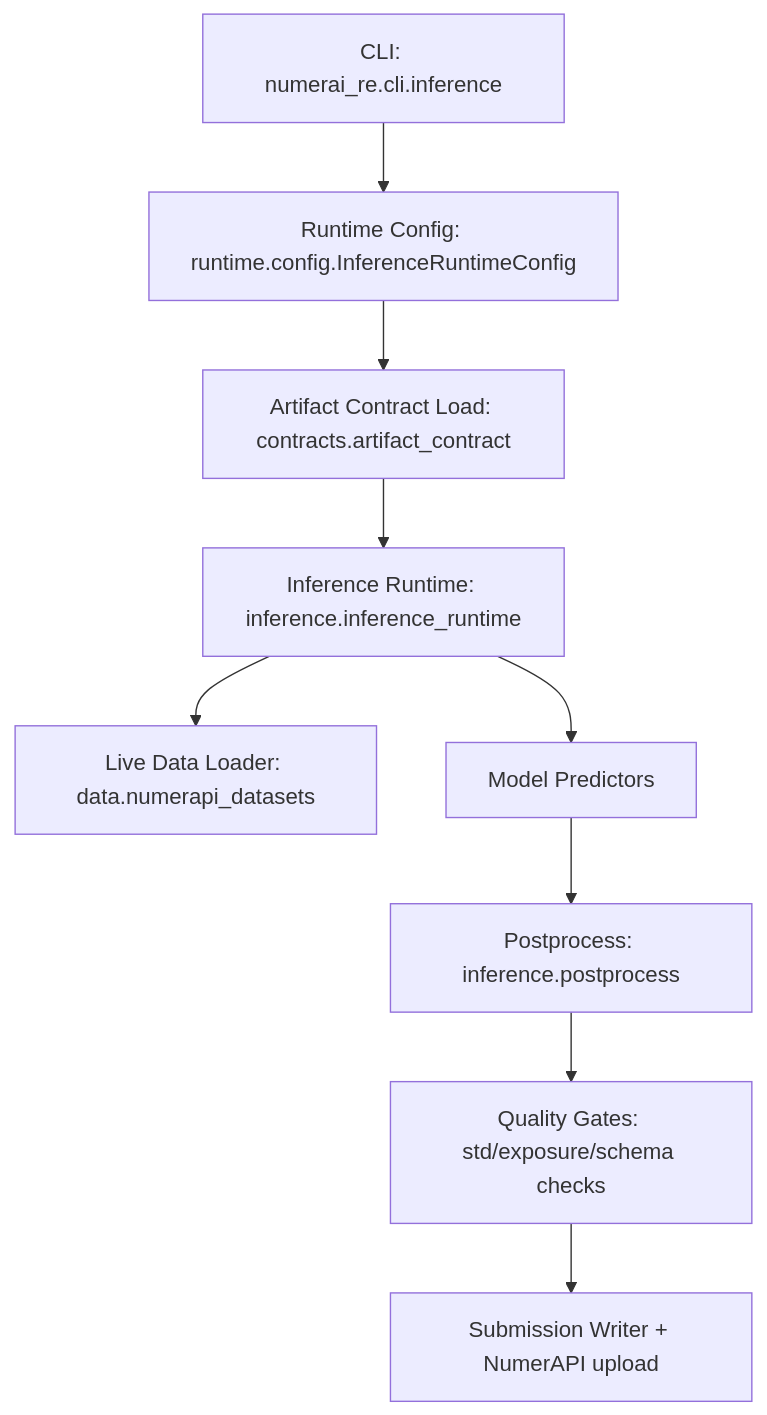
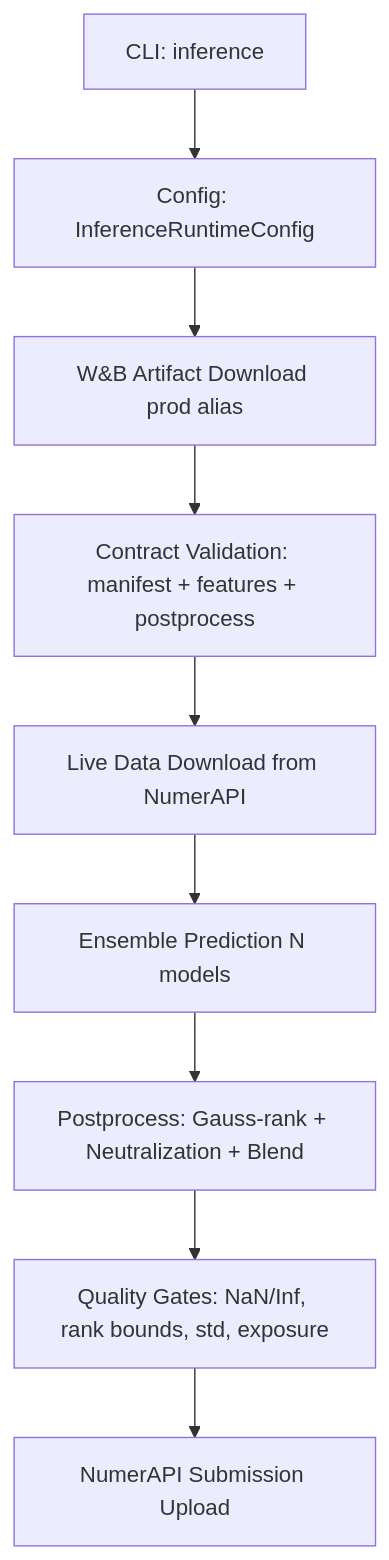
Before and after one commit to WilliamQD/Numerai-Re: the second of 2 diagrams in README.md, drawn with Mermaid. The commit also changed other lines of this file and 49 other files, not shown here.

````diff
--- a/README.md
+++ b/README.md
@@ -78,11 +131,11 @@
 ```mermaid
 flowchart TD
-  A[CLI: numerai_re.cli.inference] --> B[Runtime Config: runtime.config.InferenceRuntimeConfig]
-  B --> C[Artifact Contract Load: contracts.artifact_contract]
-  C --> D[Inference Runtime: inference.inference_runtime]
-  D --> E[Live Data Loader: data.numerapi_datasets]
-  D --> F[Model Predictors]
-  F --> G[Postprocess: inference.postprocess]
-  G --> H[Quality Gates: std/exposure/schema checks]
-  H --> I[Submission Writer + NumerAPI upload]
+  A[CLI: inference] --> B[Config: InferenceRuntimeConfig]
+  B --> C[W&B Artifact Download prod alias]
+  C --> D[Contract Validation: manifest + features + postprocess]
+  D --> E[Live Data Download from NumerAPI]
+  E --> F[Ensemble Prediction N models]
+  F --> G[Postprocess: Gauss-rank + Neutralization + Blend]
+  G --> H[Quality Gates: NaN/Inf, rank bounds, std, exposure]
+  H --> I[NumerAPI Submission Upload]
 ```
````
